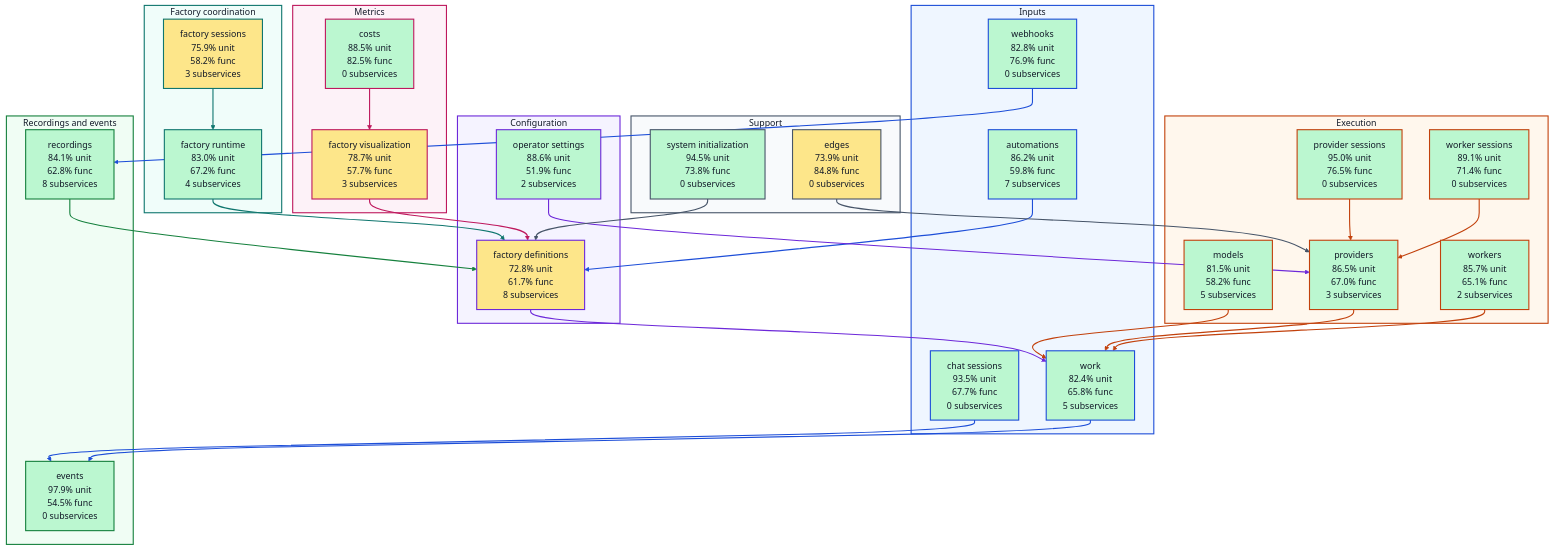
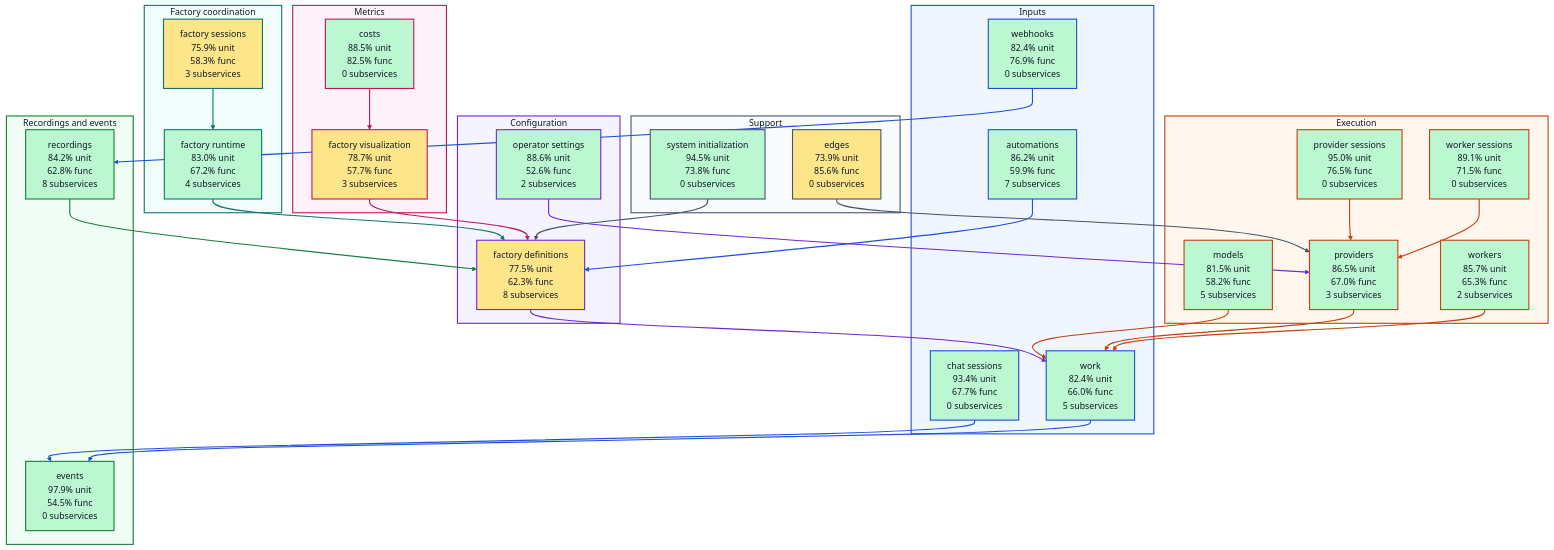
One commit to portpowered/you-agent-factory changed the diagram in docs/architecture/visualizations/high-level-test-coverage.md. Above: the diagram before and after it, drawn with Mermaid (forest theme). The commit also changed other lines of this file and 20 other files, not shown here.

Commit message:
docs: refresh backend architecture visualizations

````diff
--- a/docs/architecture/visualizations/high-level-test-coverage.md
+++ b/docs/architecture/visualizations/high-level-test-coverage.md
@@ -11,36 +11,36 @@
 ```mermaid
 flowchart TB
   subgraph input["Inputs"]
-    s_services_automations["automations<br/>86.2% unit<br/>59.8% func<br/>7 subservices"]
-    s_services_chat_sessions["chat sessions<br/>93.5% unit<br/>67.7% func<br/>0 subservices"]
-    s_services_webhooks["webhooks<br/>82.8% unit<br/>76.9% func<br/>0 subservices"]
-    s_services_work["work<br/>82.4% unit<br/>65.8% func<br/>5 subservices"]
+    s_services_automations["automations<br/>86.2% unit<br/>59.9% func<br/>7 subservices"]
+    s_services_chat_sessions["chat sessions<br/>93.4% unit<br/>67.7% func<br/>0 subservices"]
+    s_services_webhooks["webhooks<br/>82.4% unit<br/>76.9% func<br/>0 subservices"]
+    s_services_work["work<br/>82.4% unit<br/>66.0% func<br/>5 subservices"]
   end
   subgraph configuration["Configuration"]
-    s_services_factory_definitions["factory definitions<br/>72.8% unit<br/>61.7% func<br/>8 subservices"]
-    s_services_operator_settings["operator settings<br/>88.6% unit<br/>51.9% func<br/>2 subservices"]
+    s_services_factory_definitions["factory definitions<br/>77.5% unit<br/>62.3% func<br/>8 subservices"]
+    s_services_operator_settings["operator settings<br/>88.6% unit<br/>52.6% func<br/>2 subservices"]
   end
   subgraph coordination["Factory coordination"]
     s_services_factory_runtime["factory runtime<br/>83.0% unit<br/>67.2% func<br/>4 subservices"]
-    s_services_factory_sessions["factory sessions<br/>75.9% unit<br/>58.2% func<br/>3 subservices"]
+    s_services_factory_sessions["factory sessions<br/>75.9% unit<br/>58.3% func<br/>3 subservices"]
   end
   subgraph execution["Execution"]
     s_services_models["models<br/>81.5% unit<br/>58.2% func<br/>5 subservices"]
     s_services_provider_sessions["provider sessions<br/>95.0% unit<br/>76.5% func<br/>0 subservices"]
     s_services_providers["providers<br/>86.5% unit<br/>67.0% func<br/>3 subservices"]
-    s_services_worker_sessions["worker sessions<br/>89.1% unit<br/>71.4% func<br/>0 subservices"]
-    s_services_workers["workers<br/>85.7% unit<br/>65.1% func<br/>2 subservices"]
+    s_services_worker_sessions["worker sessions<br/>89.1% unit<br/>71.5% func<br/>0 subservices"]
+    s_services_workers["workers<br/>85.7% unit<br/>65.3% func<br/>2 subservices"]
   end
   subgraph recordings["Recordings and events"]
     s_services_events["events<br/>97.9% unit<br/>54.5% func<br/>0 subservices"]
-    s_services_recordings["recordings<br/>84.1% unit<br/>62.8% func<br/>8 subservices"]
+    s_services_recordings["recordings<br/>84.2% unit<br/>62.8% func<br/>8 subservices"]
   end
   subgraph metrics["Metrics"]
     s_services_costs["costs<br/>88.5% unit<br/>82.5% func<br/>0 subservices"]
     s_services_factory_visualization["factory visualization<br/>78.7% unit<br/>57.7% func<br/>3 subservices"]
   end
   subgraph support["Support"]
-    s_services_edges["edges<br/>73.9% unit<br/>84.8% func<br/>0 subservices"]
+    s_services_edges["edges<br/>73.9% unit<br/>85.6% func<br/>0 subservices"]
     s_services_system_initialization["system initialization<br/>94.5% unit<br/>73.8% func<br/>0 subservices"]
   end
   s_services_automations --> s_services_factory_definitions
````
